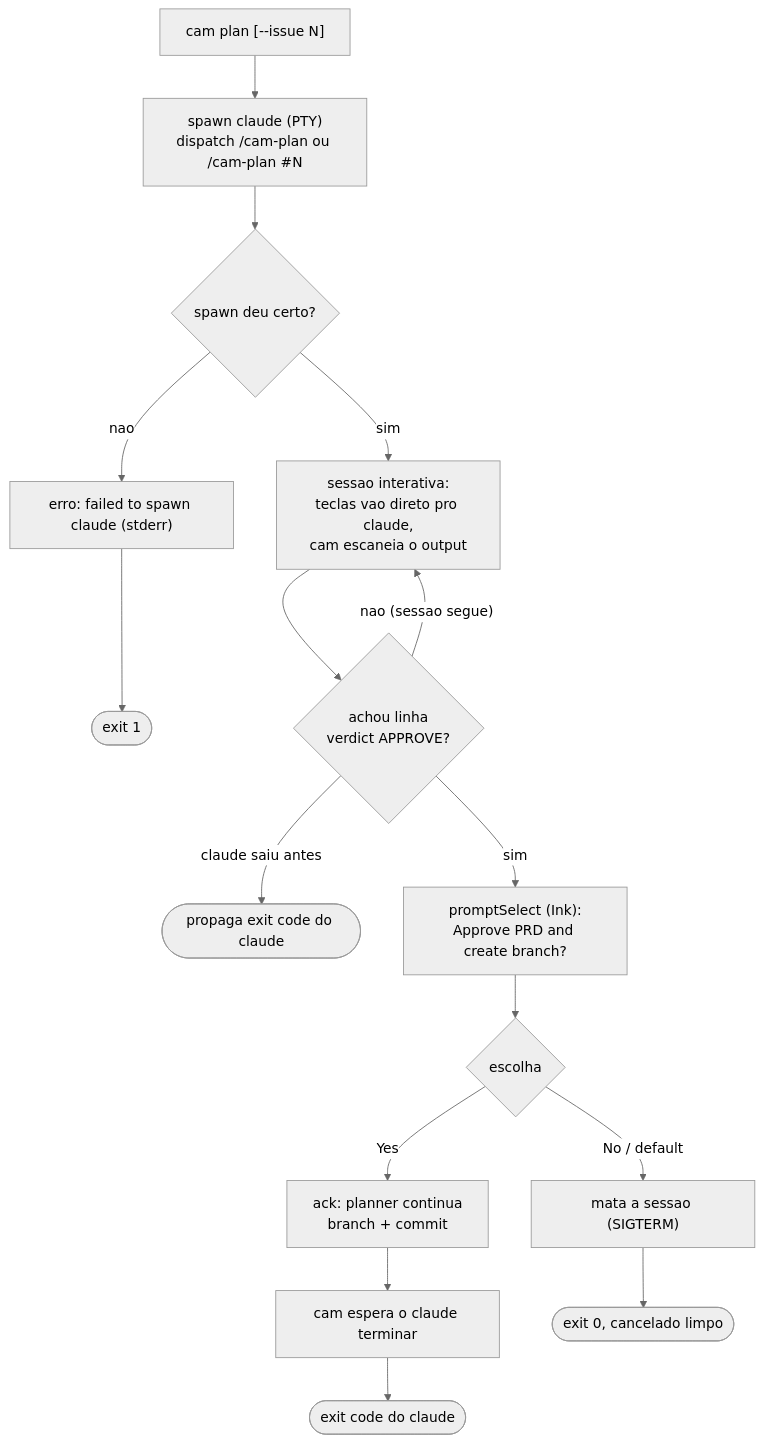
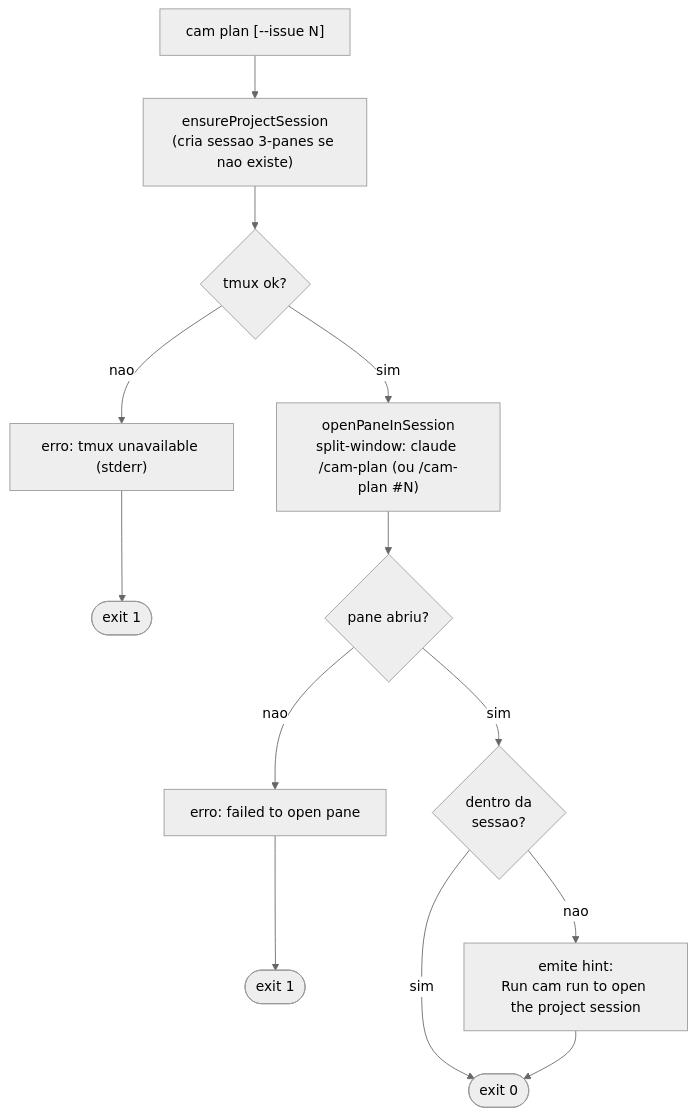
The fourth of 10 diagrams in FLOW.md (eduardocaminha/cam-cli), drawn with Mermaid (neutral theme) before and after one commit. The commit also changed other lines of this file and 2 other files, not shown here.

Commit message:
docs: US-009 - Docs reflect the new single-session model

````diff
--- a/FLOW.md
+++ b/FLOW.md
@@ -136,20 +177,17 @@
 ```mermaid
 flowchart TD
-    A["cam plan [--issue N]"] --> SPAWN["spawn claude (PTY)<br/>dispatch /cam-plan ou /cam-plan #N"]
-    SPAWN --> OK{"spawn deu certo?"}
-    OK -->|nao| ERR["erro: failed to spawn claude (stderr)"]
+    A["cam plan [--issue N]"] --> SESSION["ensureProjectSession<br/>(cria sessao 3-panes se nao existe)"]
+    SESSION --> OK{"tmux ok?"}
+    OK -->|nao| ERR["erro: tmux unavailable (stderr)"]
     ERR --> EXIT1(["exit 1"])
 
-    OK -->|sim| LIVE["sessao interativa:<br/>teclas vao direto pro claude,<br/>cam escaneia o output"]
-    LIVE --> SCAN{"achou linha<br/>verdict APPROVE?"}
-    SCAN -->|"nao (sessao segue)"| LIVE
-    SCAN -->|"claude saiu antes"| PROP(["propaga exit code do claude"])
+    OK -->|sim| PANE["openPaneInSession<br/>split-window: claude /cam-plan (ou /cam-plan #N)"]
+    PANE --> PANEOK{"pane abriu?"}
+    PANEOK -->|nao| PANE_ERR["erro: failed to open pane"]
+    PANE_ERR --> EXIT1b(["exit 1"])
 
-    SCAN -->|sim| PROMPT["promptSelect (Ink):<br/>Approve PRD and create branch?"]
-    PROMPT --> CHOICE{"escolha"}
-    CHOICE -->|"Yes"| CONT["ack: planner continua<br/>branch + commit"]
-    CONT --> WAIT["cam espera o claude terminar"]
-    WAIT --> PROP2(["exit code do claude"])
-    CHOICE -->|"No / default"| KILL["mata a sessao (SIGTERM)"]
-    KILL --> EXIT0(["exit 0, cancelado limpo"])
+    PANEOK -->|sim| INSIDE{"dentro da<br/>sessao?"}
+    INSIDE -->|nao| HINT["emite hint:<br/>Run cam run to open the project session"]
+    INSIDE -->|sim| EXIT0
+    HINT --> EXIT0(["exit 0"])
 ```
````
